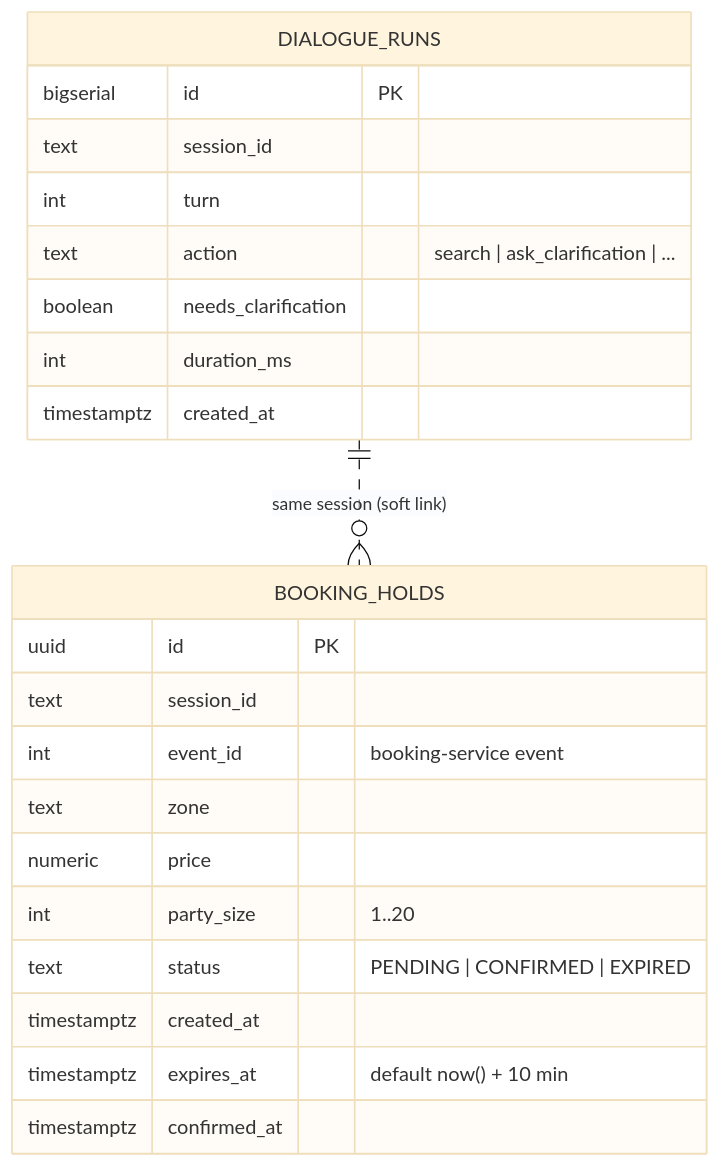
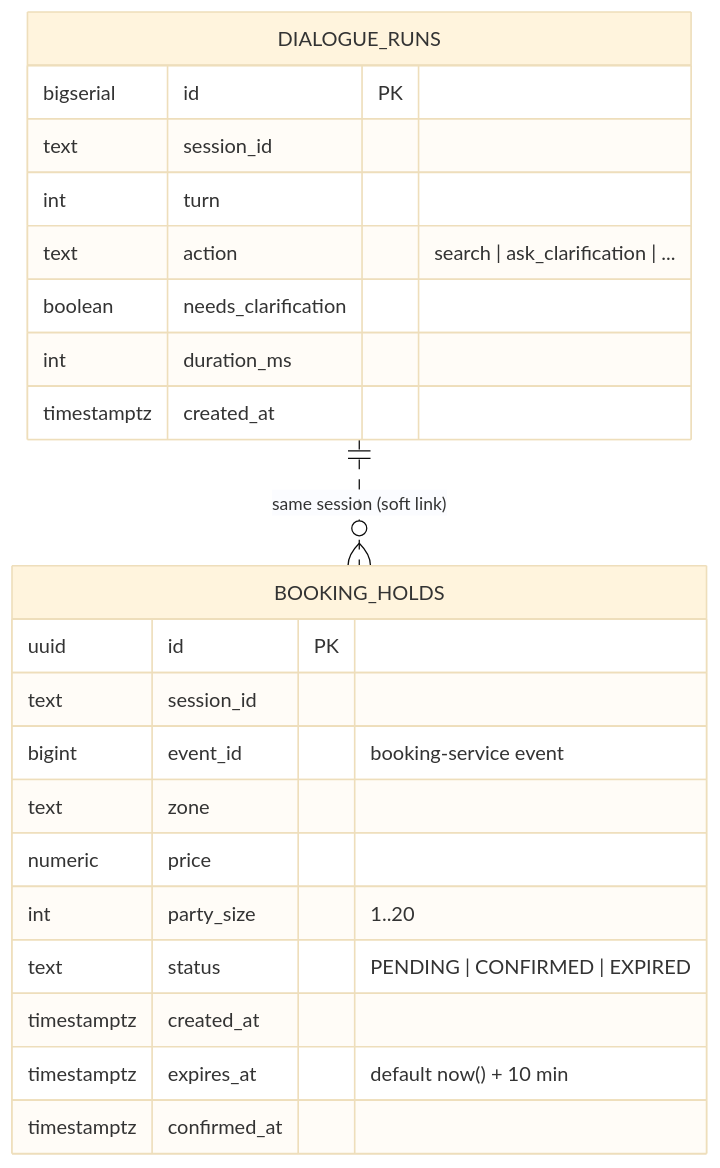
Before and after one commit to KillRmnv/microservices-example-app: the fourth of 5 diagrams in docs/DATA_MODEL.md, drawn with Mermaid (base theme). The commit also changed other lines of this file and 128 other files, not shown here.

````diff
--- a/docs/DATA_MODEL.md
+++ b/docs/DATA_MODEL.md
@@ -232,27 +327,27 @@
 ```mermaid
 erDiagram
     DIALOGUE_RUNS {
         bigserial id PK
         text session_id
         int turn
         text action "search | ask_clarification | ..."
         boolean needs_clarification
         int duration_ms
         timestamptz created_at
     }
 
     BOOKING_HOLDS {
         uuid id PK
         text session_id
-        int event_id "booking-service event"
+        bigint event_id "booking-service event"
         text zone
         numeric price
         int party_size "1..20"
         text status "PENDING | CONFIRMED | EXPIRED"
         timestamptz created_at
         timestamptz expires_at "default now() + 10 min"
         timestamptz confirmed_at
     }
 
     DIALOGUE_RUNS ||..o{ BOOKING_HOLDS : "same session (soft link)"
 ```
````
